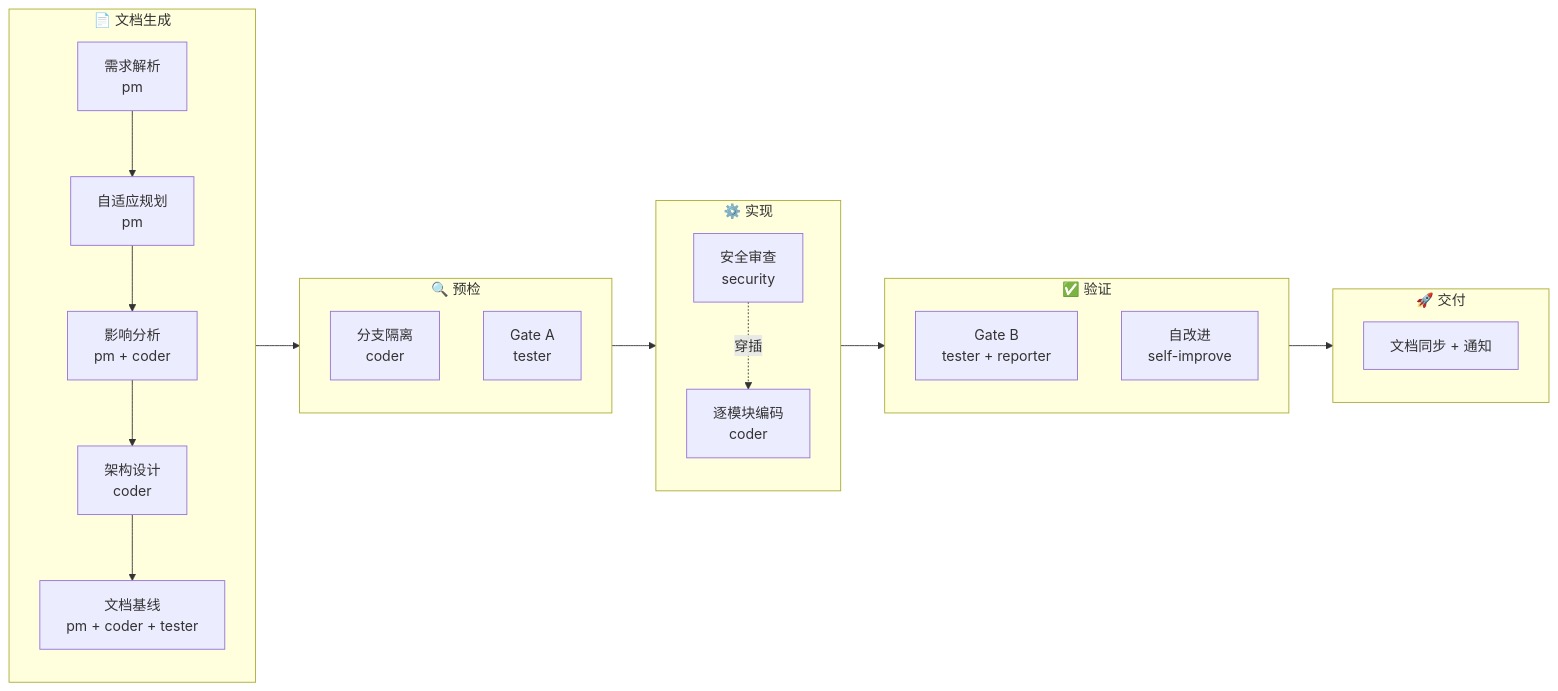
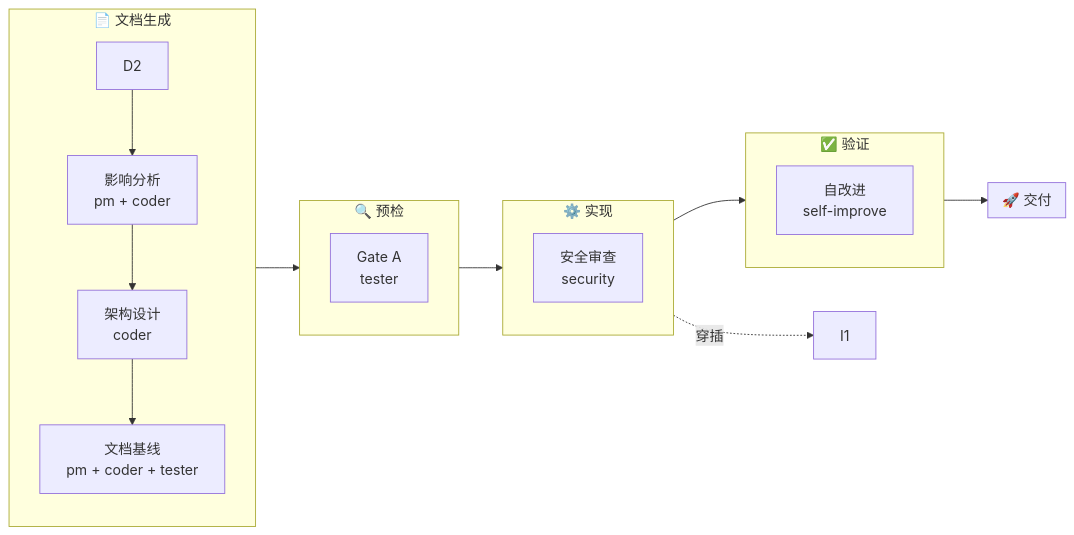
One commit to effiy/YrY changed the second of 8 diagrams in agents/AGENT.md. Above: the diagram before and after it, drawn with Mermaid. The commit also changed other lines of this file and 42 other files, not shown here.

First line of the commit message:
feat: apply Mermaid authoring rules (M1-M12) across entire codebase

````diff
--- a/agents/AGENT.md
+++ b/agents/AGENT.md
@@ -58,27 +72,28 @@
 ```mermaid
 flowchart LR
     subgraph 文档["📄 文档生成"]
-        D1["需求解析<br/>pm"] --> D2["自适应规划<br/>pm"]
+        direction TB
         D2 --> D3["影响分析<br/>pm + coder"]
         D3 --> D4["架构设计<br/>coder"]
         D4 --> D5["文档基线<br/>pm + coder + tester"]
     end
     subgraph 预检["🔍 预检"]
-        P1["分支隔离<br/>coder"]
+        direction TB
         P2["Gate A<br/>tester"]
     end
     subgraph 实现["⚙️ 实现"]
-        I1["逐模块编码<br/>coder"]
+        direction TB
         I2["安全审查<br/>security"]
     end
     subgraph 验证["✅ 验证"]
-        V1["Gate B<br/>tester + reporter"]
+        direction TB
         V2["自改进<br/>self-improve"]
     end
     subgraph 交付["🚀 交付"]
-        DL["文档同步 + 通知"]
+        direction TB
     end
 
     文档 --> 预检 --> 实现 --> 验证 --> 交付
     I2 -.穿插.-> I1
+
 ```
````
